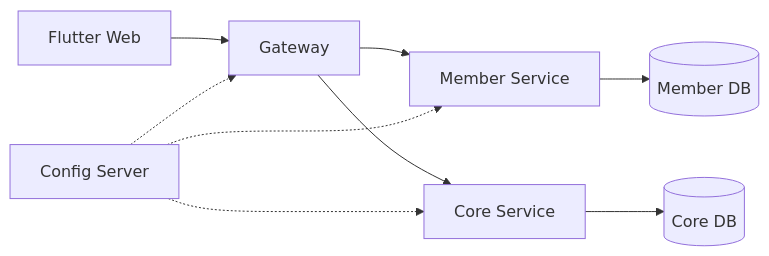
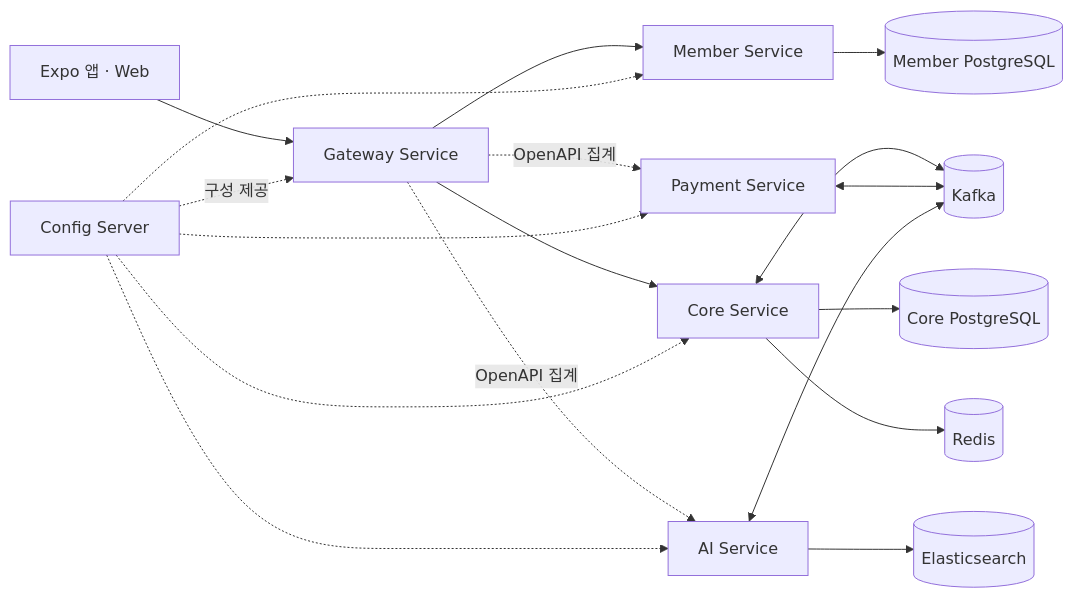
The second of 2 diagrams in README.md (prgrms-be-adv-devcourse/beadv7_7_Congcongpodpod_BE), drawn with Mermaid before and after one commit. The commit also changed other lines of this file and 99 other files, not shown here.

````diff
--- a/README.md
+++ b/README.md
@@ -66,11 +41,22 @@
 ```mermaid
 flowchart LR
-    Client["Flutter Web"] --> Gateway["Gateway"]
-    Gateway --> Member["Member Service"]
-    Gateway --> Core["Core Service"]
-    Config["Config Server"] -.-> Gateway
+    Client[Expo 앱 · Web] --> Gateway[Gateway Service]
+    Gateway --> Member[Member Service]
+    Gateway --> Core[Core Service]
+    Gateway -. OpenAPI 집계 .-> Payment[Payment Service]
+    Gateway -. OpenAPI 집계 .-> AI[AI Service]
+    Core <--> Kafka[(Kafka)]
+    Payment <--> Kafka
+    AI <--> Kafka
+
+    Config[Config Server] -. 구성 제공 .-> Gateway
     Config -.-> Member
     Config -.-> Core
-    Member --> MemberDB[(Member DB)]
-    Core --> CoreDB[(Core DB)]
+    Config -.-> Payment
+    Config -.-> AI
+
+    Member --> MemberDB[(Member PostgreSQL)]
+    Core --> CoreDB[(Core PostgreSQL)]
+    Core --> Redis[(Redis)]
+    AI --> Search[(Elasticsearch)]
 ```
````
